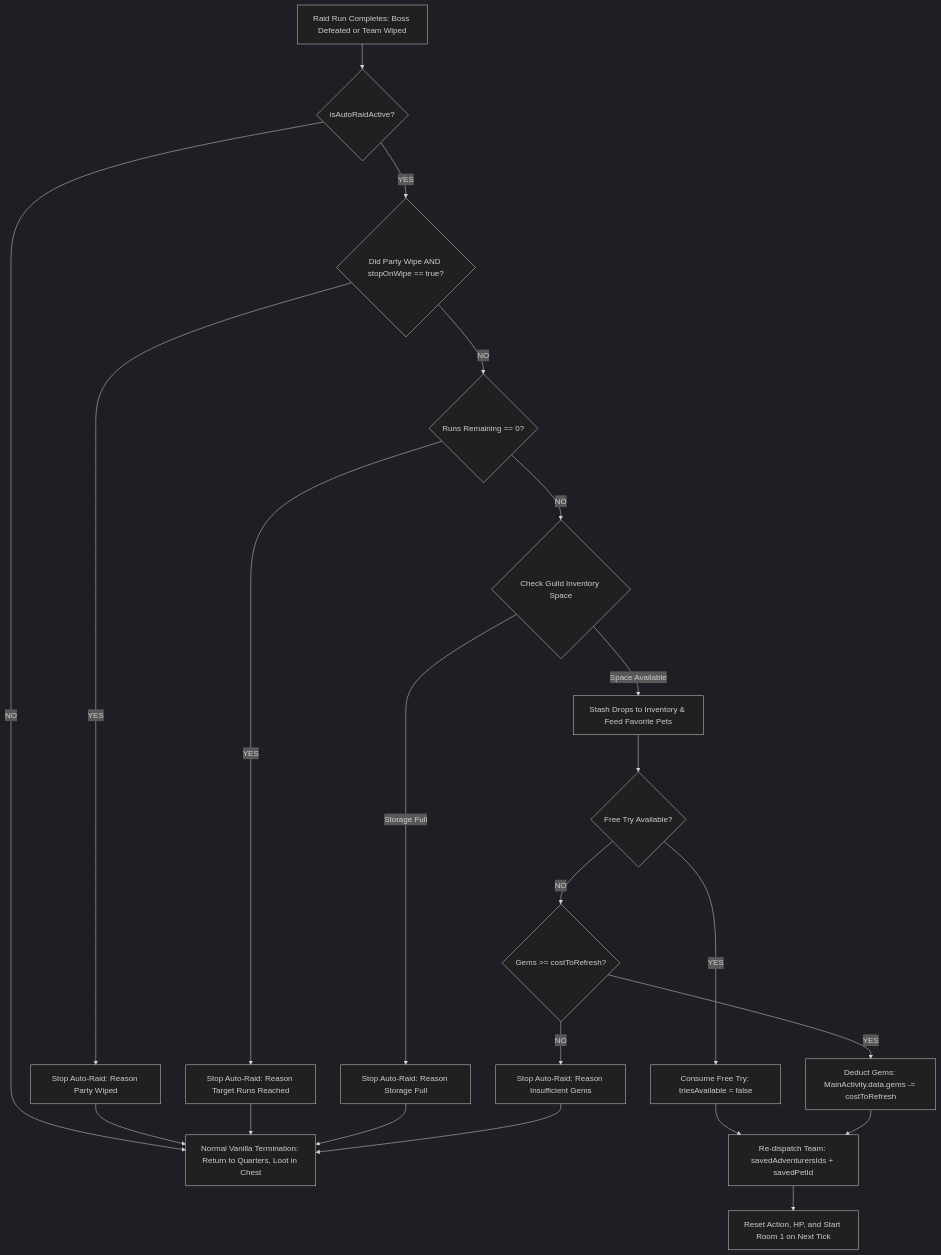
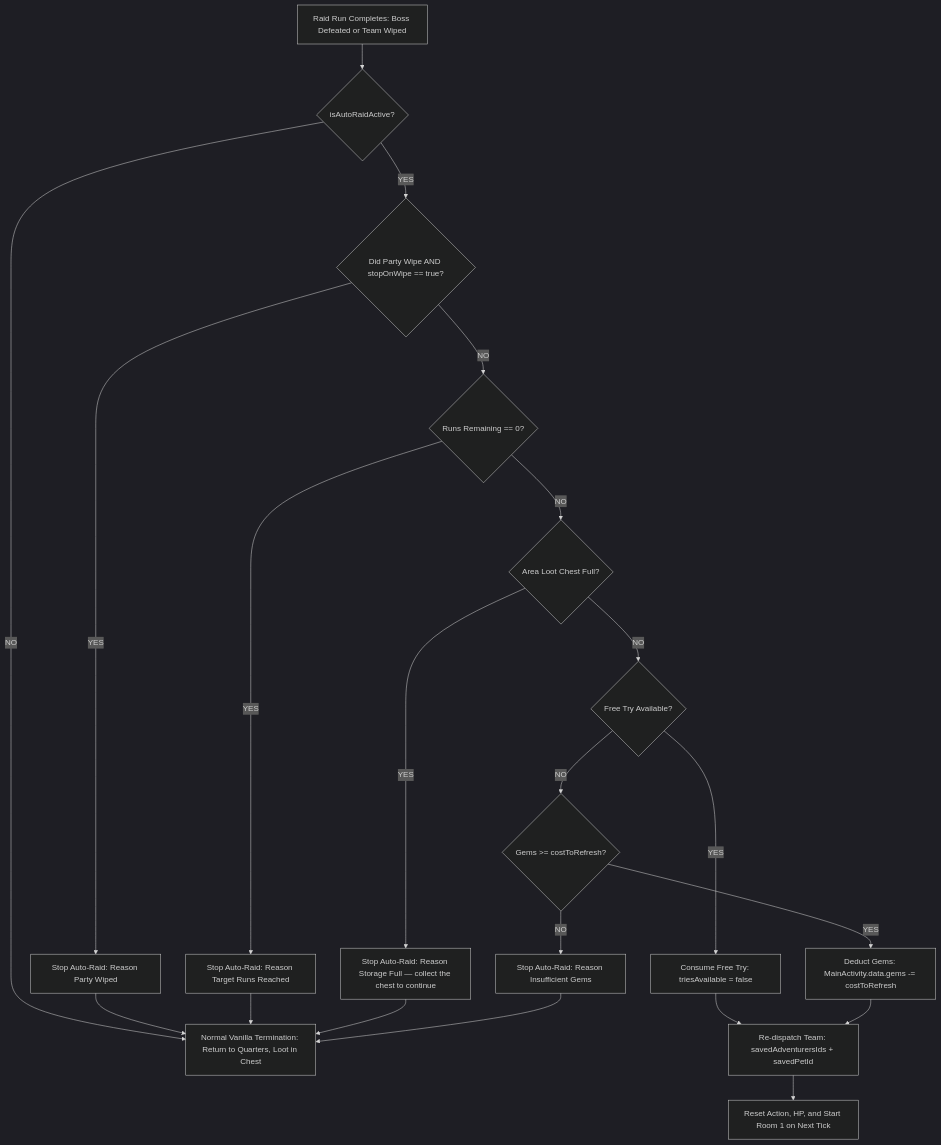
The diagram in plans/working/combat/auto-raid-system.md (Lemoinie/IGM-Modded), drawn with Mermaid (dark theme) before and after one commit. The commit also changed other lines of this file and 24 other files, not shown here.

First line of the commit message:
feat(mod,game): refine auto-raid system and fix siege enemy recursion, bump to v1.3.13.5

````diff
--- a/plans/working/combat/auto-raid-system.md
+++ b/plans/working/combat/auto-raid-system.md
@@ -66,24 +66,23 @@
 ```mermaid
 graph TD
     A[Raid Run Completes: Boss Defeated or Team Wiped] --> B{isAutoRaidActive?}
     B -->|NO| C[Normal Vanilla Termination: Return to Quarters, Loot in Chest]
     B -->|YES| D{Did Party Wipe AND stopOnWipe == true?}
     D -->|YES| E[Stop Auto-Raid: Reason Party Wiped]
     D -->|NO| F{Runs Remaining == 0?}
     F -->|YES| G[Stop Auto-Raid: Reason Target Runs Reached]
-    F -->|NO| H{Check Guild Inventory Space}
-    H -->|Storage Full| I[Stop Auto-Raid: Reason Storage Full]
-    H -->|Space Available| J[Stash Drops to Inventory & Feed Favorite Pets]
-    J --> K{Free Try Available?}
+    F -->|NO| H{Area Loot Chest Full?}
+    H -->|YES| I[Stop Auto-Raid: Reason Storage Full — collect the chest to continue]
+    H -->|NO| K{Free Try Available?}
     K -->|YES| L[Consume Free Try: triesAvailable = false]
     K -->|NO| M{Gems >= costToRefresh?}
     M -->|NO| N[Stop Auto-Raid: Reason Insufficient Gems]
     M -->|YES| O[Deduct Gems: MainActivity.data.gems -= costToRefresh]
     L --> P[Re-dispatch Team: savedAdventurersIds + savedPetId]
     O --> P
     P --> Q[Reset Action, HP, and Start Room 1 on Next Tick]
     E --> C
     G --> C
     I --> C
     N --> C
 ```
````
